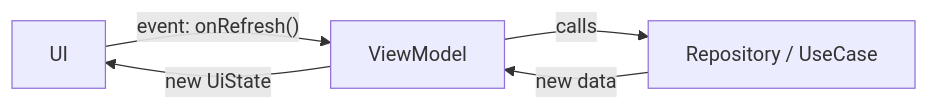
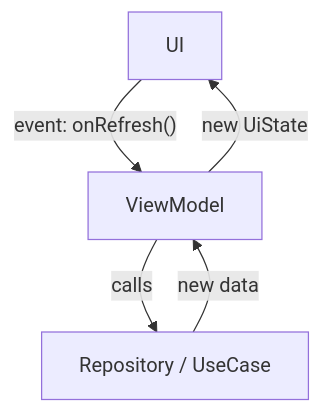
Before and after one commit to AkshayAshokCode/Android-Interview-Questions-cheat-sheet: the third of 10 diagrams in topics/12-architecture.md, drawn with Mermaid. The commit also changed other lines of this file and 21 other files, not shown here.

````diff
--- a/topics/12-architecture.md
+++ b/topics/12-architecture.md
@@ -88,7 +307,7 @@
 ```mermaid
-flowchart LR
+flowchart TD
     UI["UI"] -->|"event: onRefresh()"| VM["ViewModel"]
     VM -->|"calls"| D["Repository / UseCase"]
     D -->|"new data"| VM
     VM -->|"new UiState"| UI
 ```
````
